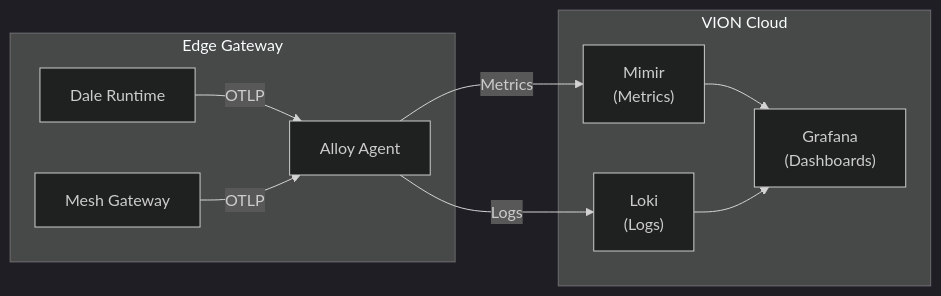
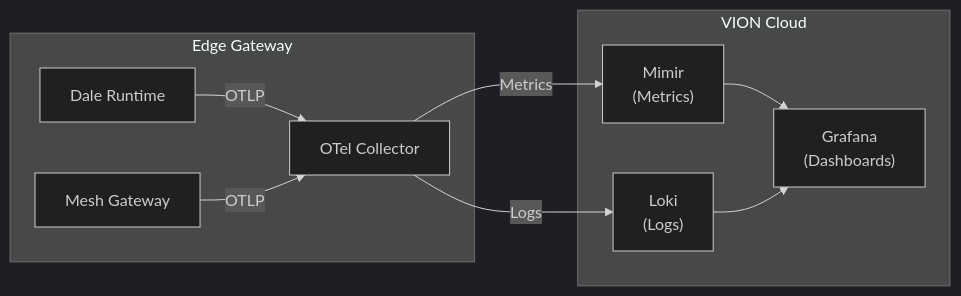
One commit to VION-IoT/documentation changed the diagram in docs/observability/overview.md. Above: the diagram before and after it, drawn with Mermaid (dark theme). The commit also changed other lines of this file and 2 other files, not shown here.

Commit message:
Modify observability docs to show OTel Collector on edge instead of Alloy

````diff
--- a/docs/observability/overview.md
+++ b/docs/observability/overview.md
@@ -12,21 +12,21 @@
 ```mermaid
 flowchart LR
     subgraph Edge["Edge Gateway"]
         Dale["Dale Runtime"]
         Mesh["Mesh Gateway"]
-        Alloy["Alloy Agent"]
+        OTel["OTel Collector"]
     end
 
     subgraph Cloud["VION Cloud"]
         Mimir["Mimir<br/>(Metrics)"]
         Loki["Loki<br/>(Logs)"]
         Grafana["Grafana<br/>(Dashboards)"]
     end
 
-    Dale -->|"OTLP"| Alloy
-    Mesh -->|"OTLP"| Alloy
-    Alloy -->|"Metrics"| Mimir
-    Alloy -->|"Logs"| Loki
+    Dale -->|"OTLP"| OTel
+    Mesh -->|"OTLP"| OTel
+    OTel -->|"Metrics"| Mimir
+    OTel -->|"Logs"| Loki
     Mimir --> Grafana
     Loki --> Grafana
 ```
````
